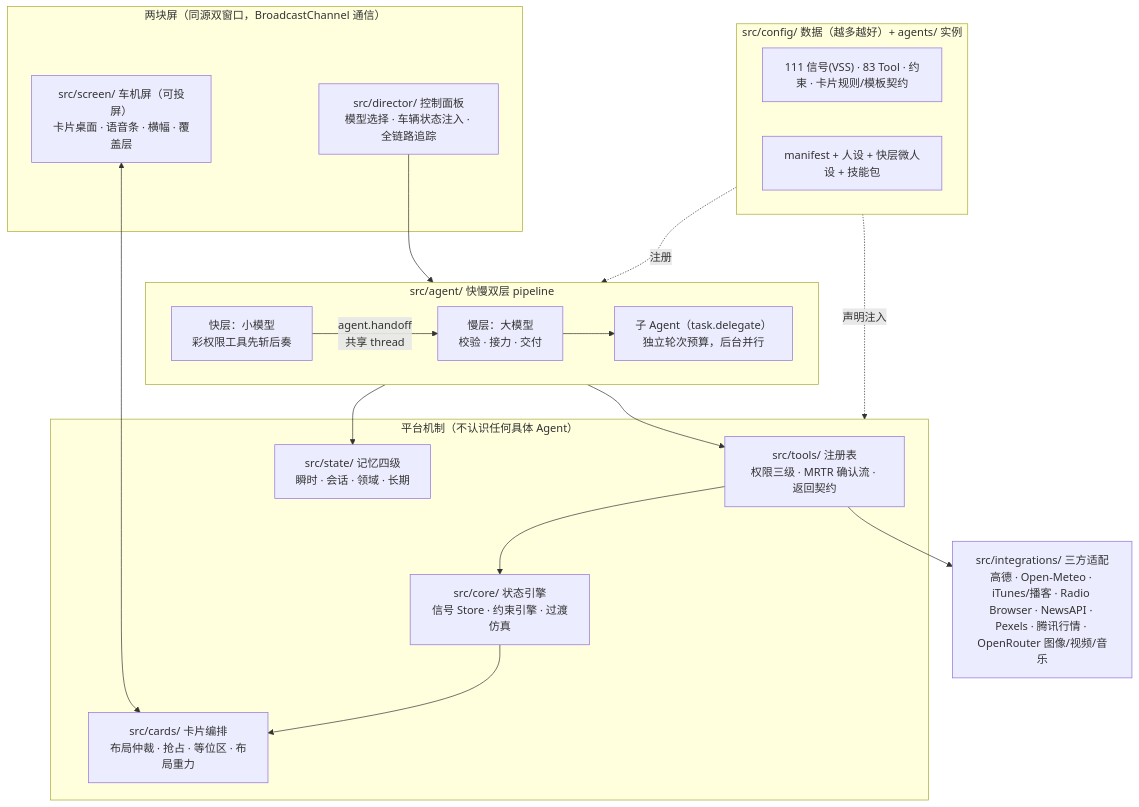
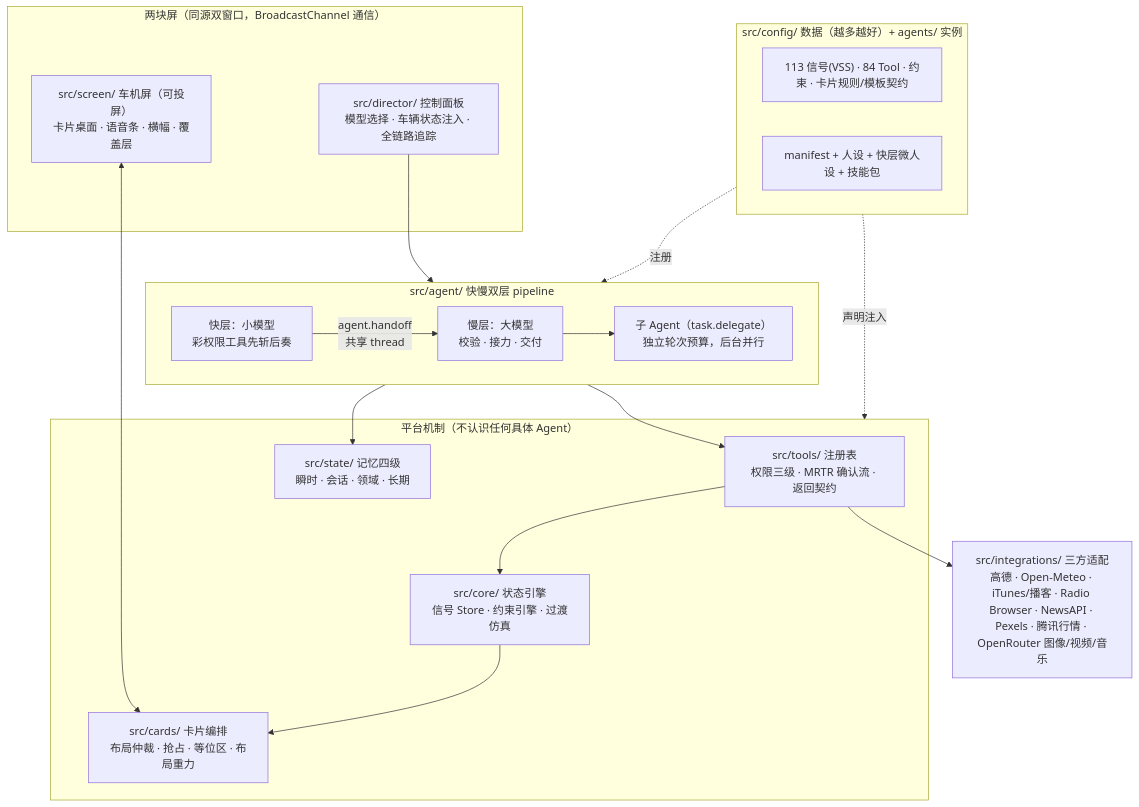
One commit to yancent-dao/cockpit-agent-sim changed the second of 6 diagrams in README.md. Above: the diagram before and after it, drawn with Mermaid. The commit also changed other lines of this file, not shown here.

First line of the commit message:
README 补五张架构图，数字对齐当前代码库

````diff
--- a/README.md
+++ b/README.md
@@ -46,33 +57,33 @@
 ```mermaid
 flowchart TB
     subgraph UI["两块屏（同源双窗口，BroadcastChannel 通信）"]
         director["src/director/ 控制面板<br/>模型选择 · 车辆状态注入 · 全链路追踪"]
         screen["src/screen/ 车机屏（可投屏）<br/>卡片桌面 · 语音条 · 横幅 · 覆盖层"]
     end
     subgraph AGENT["src/agent/ 快慢双层 pipeline"]
         fast["快层：小模型<br/>彩权限工具先斩后奏"]
         slow["慢层：大模型<br/>校验 · 接力 · 交付"]
         sub["子 Agent（task.delegate）<br/>独立轮次预算，后台并行"]
         fast -- "agent.handoff<br/>共享 thread" --> slow
         slow --> sub
     end
     subgraph PLATFORM["平台机制（不认识任何具体 Agent）"]
         tools["src/tools/ 注册表<br/>权限三级 · MRTR 确认流 · 返回契约"]
         core["src/core/ 状态引擎<br/>信号 Store · 约束引擎 · 过渡仿真"]
         cards["src/cards/ 卡片编排<br/>布局仲裁 · 抢占 · 等位区 · 布局重力"]
         state["src/state/ 记忆四级<br/>瞬时 · 会话 · 领域 · 长期"]
     end
     subgraph DATA["src/config/ 数据（越多越好）+ agents/ 实例"]
-        config["111 信号(VSS) · 83 Tool · 约束 · 卡片规则/模板契约"]
+        config["113 信号(VSS) · 84 Tool · 约束 · 卡片规则/模板契约"]
         manifest["manifest + 人设 + 快层微人设 + 技能包"]
     end
     integrations["src/integrations/ 三方适配<br/>高德 · Open-Meteo · iTunes/播客 · Radio Browser · NewsAPI · Pexels · 腾讯行情 · OpenRouter 图像/视频/音乐"]
 
     director --> AGENT
     screen <--> cards
     AGENT --> tools --> core --> cards
     tools --> integrations
     AGENT --> state
     DATA -.声明注入.-> PLATFORM
     DATA -.注册.-> AGENT
 ```
````
